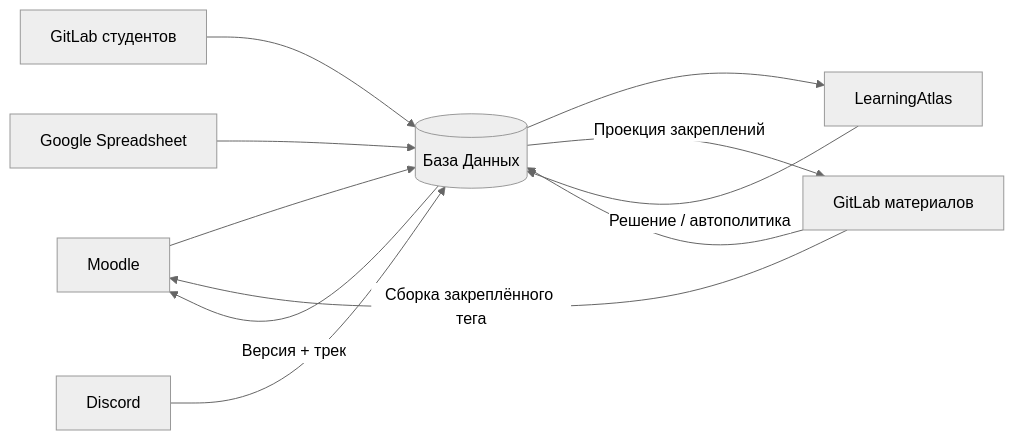
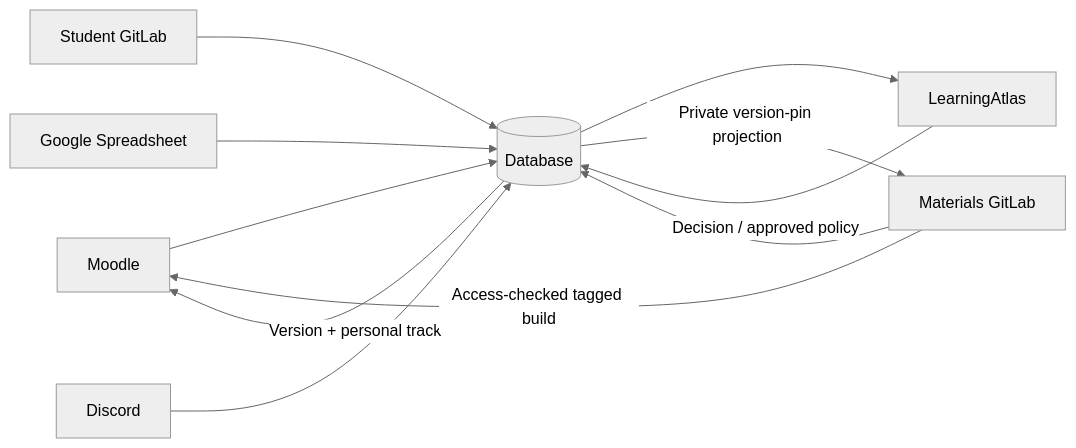
Before and after one commit to valeriiakosharna-ops/course-statistic-architecture: the first of 2 diagrams in docs/concept.md, drawn with Mermaid (neutral theme). The commit also changed other lines of this file and 26 other files, not shown here.

````diff
--- a/docs/concept.md
+++ b/docs/concept.md
@@ -17,13 +17,13 @@
 ```mermaid
 flowchart LR
-  M[Moodle] --> D[(База Данных)]
-  C[GitLab материалов] --> D
-  W[GitLab студентов] --> D
+  M[Moodle] --> D[(Database)]
+  C[Materials GitLab] --> D
+  W[Student GitLab] --> D
   S[Google Spreadsheet] --> D
   X[Discord] --> D
   D --> A[LearningAtlas]
-  A -->|Решение / автополитика| D
-  D -->|Проекция закреплений| C
-  D -->|Версия + трек| M
-  C -->|Сборка закреплённого тега| M
+  A -->|Decision / approved policy| D
+  D -->|Private version-pin projection| C
+  D -->|Version + personal track| M
+  C -->|Access-checked tagged build| M
 ```
````
